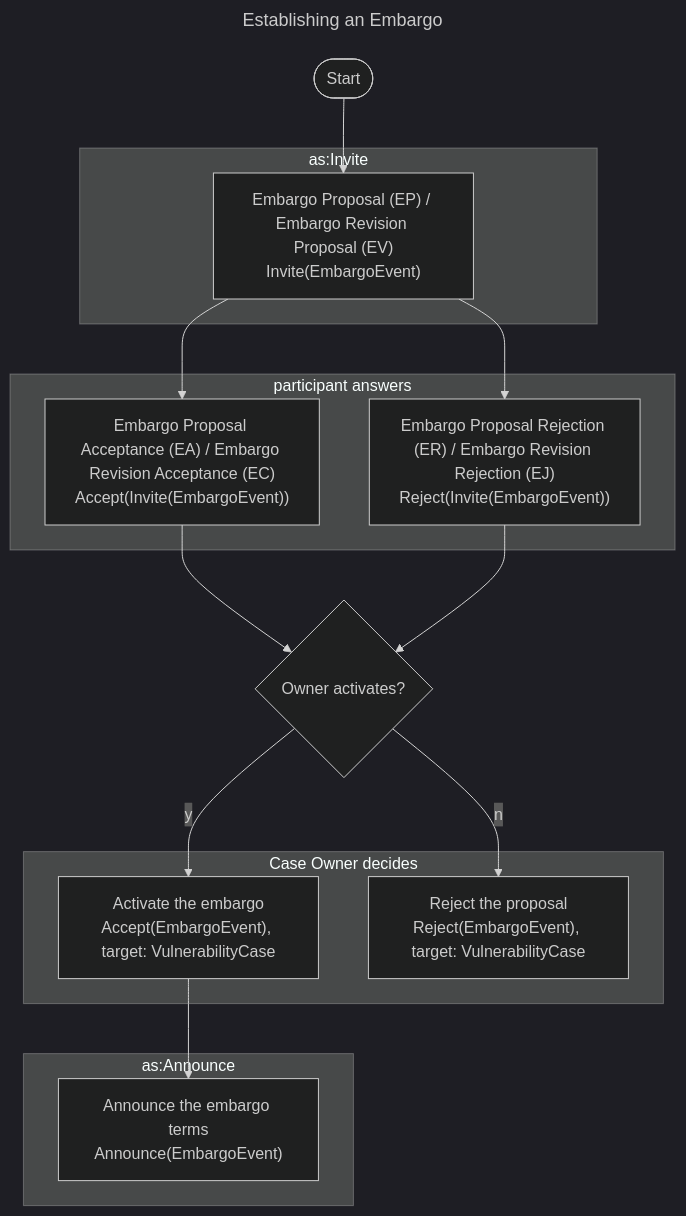
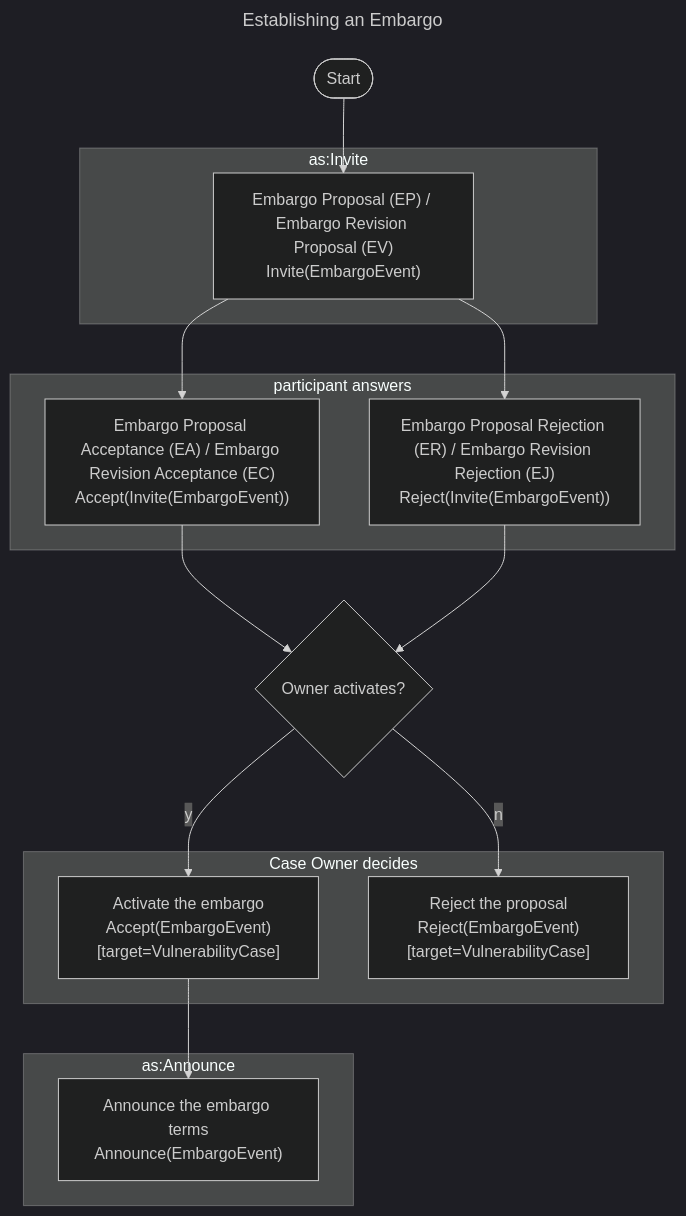
Before and after one commit to CERTCC/Vultron: the diagram in docs/howto/activitypub/activities/establish_embargo.md, drawn with Mermaid (dark theme). The commit also changed other lines of this file and 6 other files, not shown here.

````diff
--- a/docs/howto/activitypub/activities/establish_embargo.md
+++ b/docs/howto/activitypub/activities/establish_embargo.md
@@ -37,28 +37,28 @@
 ```mermaid
 ---
 title: Establishing an Embargo
 ---
 flowchart TB
     subgraph as:Invite
         EmProposeEmbargo["Embargo Proposal (EP) / Embargo Revision Proposal (EV)<br/>Invite(EmbargoEvent)"]
     end
     subgraph participant answers
         EmAcceptEmbargo["Embargo Proposal Acceptance (EA) / Embargo Revision Acceptance (EC)<br/>Accept(Invite(EmbargoEvent))"]
         EmRejectEmbargo["Embargo Proposal Rejection (ER) / Embargo Revision Rejection (EJ)<br/>Reject(Invite(EmbargoEvent))"]
     end
     subgraph Case Owner decides
-        ActivateEmbargo["Activate the embargo<br/>Accept(EmbargoEvent), target: VulnerabilityCase"]
-        RejectEmbargoProposal["Reject the proposal<br/>Reject(EmbargoEvent), target: VulnerabilityCase"]
+        ActivateEmbargo["Activate the embargo<br/>Accept(EmbargoEvent)[target=VulnerabilityCase]"]
+        RejectEmbargoProposal["Reject the proposal<br/>Reject(EmbargoEvent)[target=VulnerabilityCase]"]
     end
     subgraph as:Announce
         AnnounceEmbargo["Announce the embargo terms<br/>Announce(EmbargoEvent)"]
     end
     start([Start]) --> EmProposeEmbargo
     EmProposeEmbargo --> EmAcceptEmbargo
     EmProposeEmbargo --> EmRejectEmbargo
     EmAcceptEmbargo --> d{Owner activates?}
     EmRejectEmbargo --> d
     d -->|y| ActivateEmbargo
     d -->|n| RejectEmbargoProposal
     ActivateEmbargo --> AnnounceEmbargo
 ```
````
